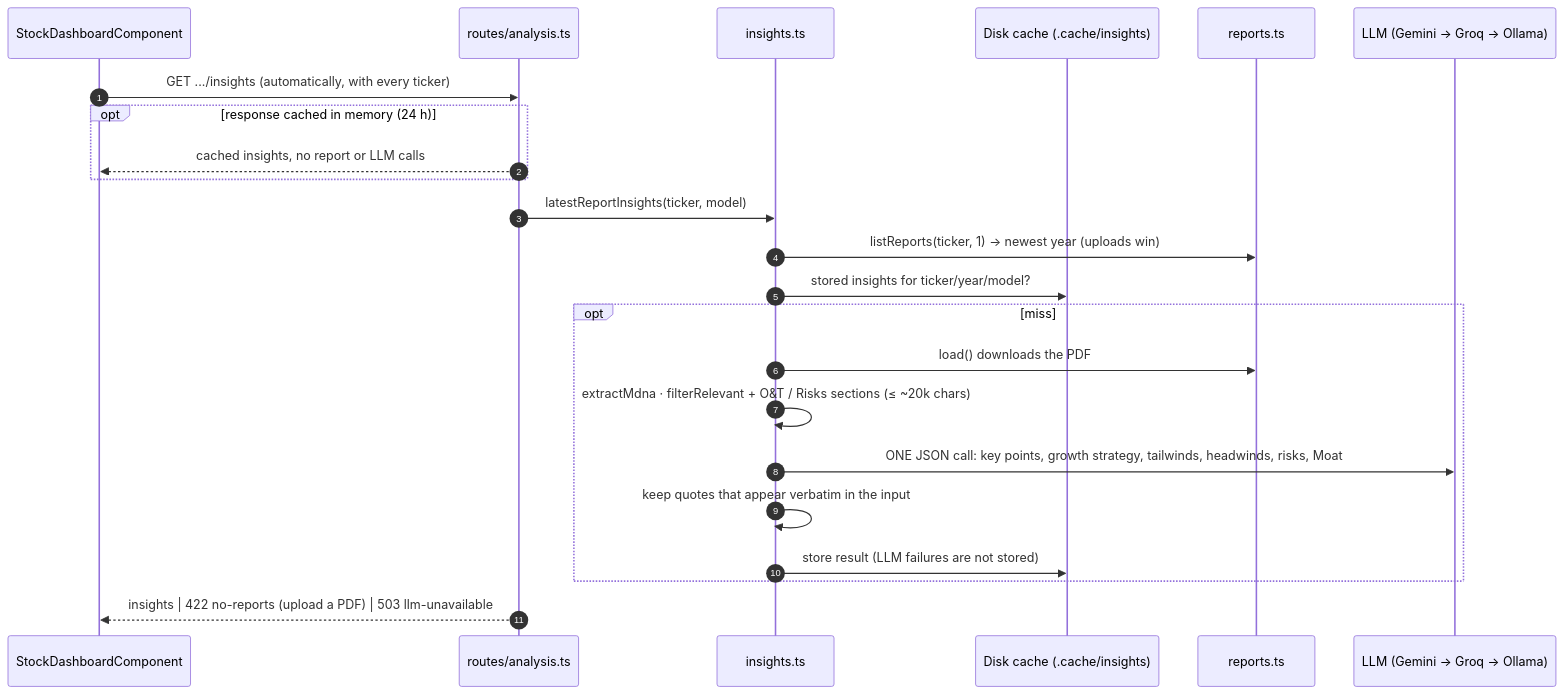
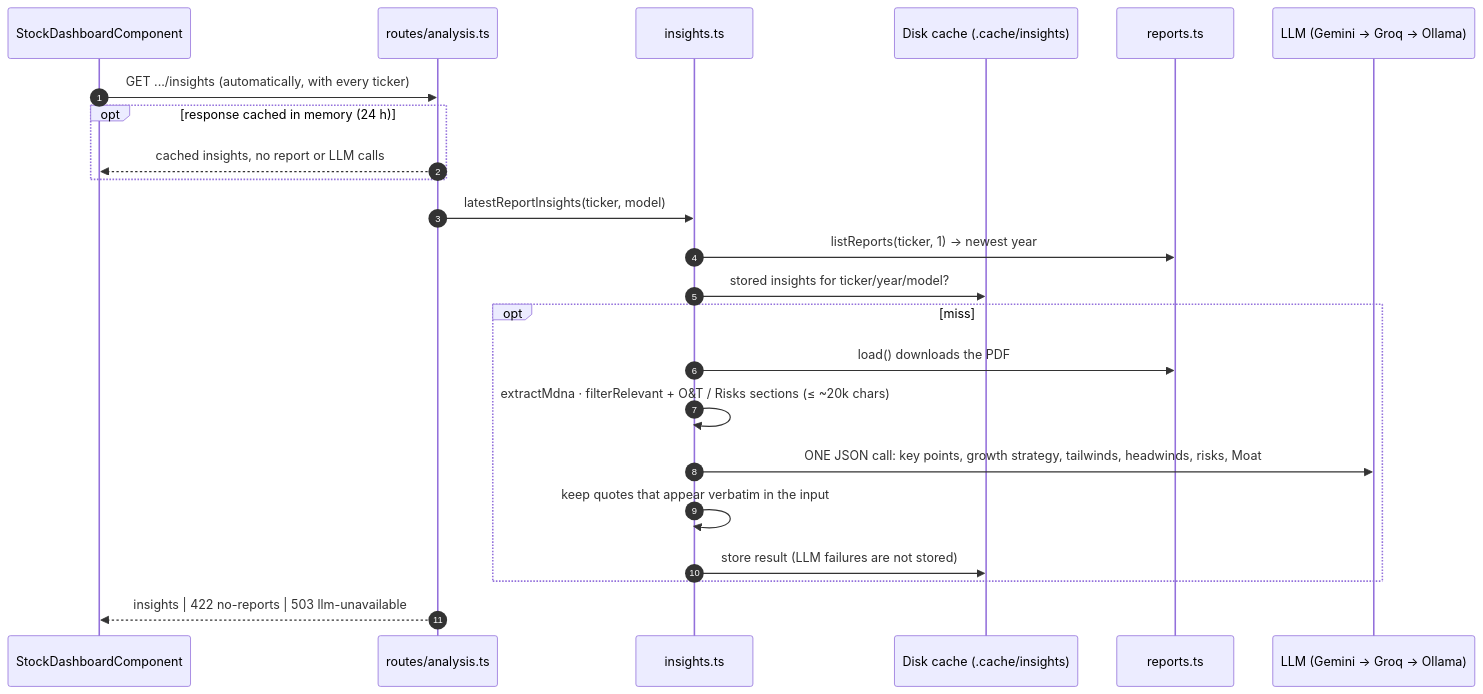
Before and after one commit to vigneshsn/dcf-stock-valuation: the fifth of 5 diagrams in docs/architecture.md, drawn with Mermaid. The commit also changed other lines of this file and 17 other files, not shown here.

````diff
--- a/docs/architecture.md
+++ b/docs/architecture.md
@@ -171,26 +169,26 @@
 ```mermaid
 sequenceDiagram
     autonumber
     participant UI as StockDashboardComponent
     participant API as routes/analysis.ts
     participant I as insights.ts
     participant D as Disk cache (.cache/insights)
     participant R as reports.ts
     participant L as LLM (Gemini → Groq → Ollama)
 
     UI->>API: GET .../insights (automatically, with every ticker)
     opt response cached in memory (24 h)
         API-->>UI: cached insights, no report or LLM calls
     end
     API->>I: latestReportInsights(ticker, model)
-    I->>R: listReports(ticker, 1) → newest year (uploads win)
+    I->>R: listReports(ticker, 1) → newest year
     I->>D: stored insights for ticker/year/model?
     opt miss
         I->>R: load() downloads the PDF
         I->>I: extractMdna · filterRelevant + O&T / Risks sections (≤ ~20k chars)
         I->>L: ONE JSON call: key points, growth strategy, tailwinds, headwinds, risks, Moat
         I->>I: keep quotes that appear verbatim in the input
         I->>D: store result (LLM failures are not stored)
     end
-    API-->>UI: insights | 422 no-reports (upload a PDF) | 503 llm-unavailable
+    API-->>UI: insights | 422 no-reports | 503 llm-unavailable
 ```
````
